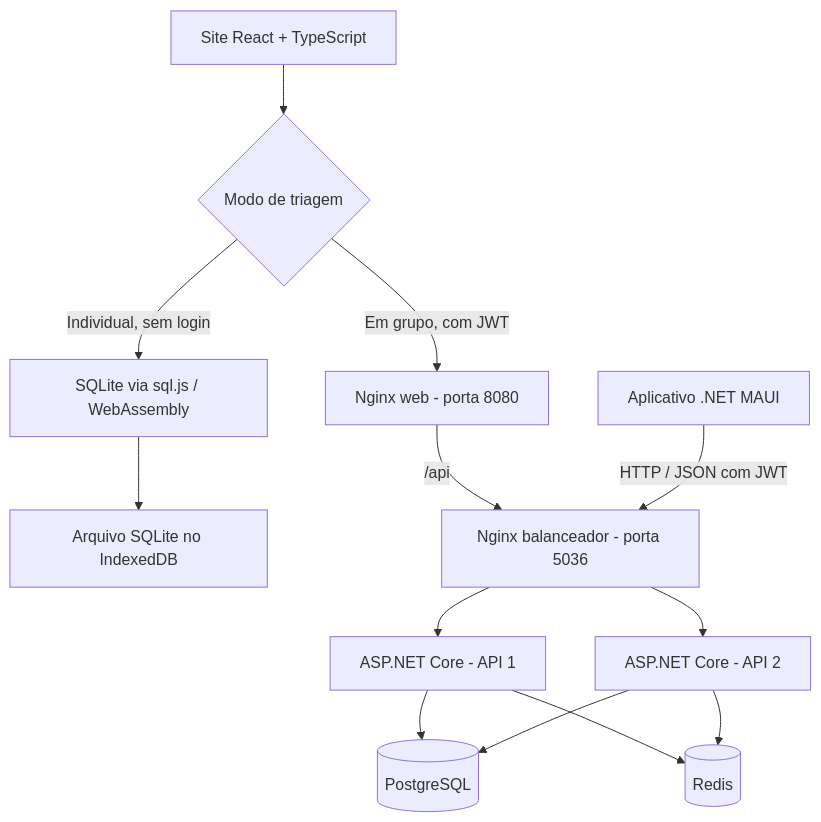
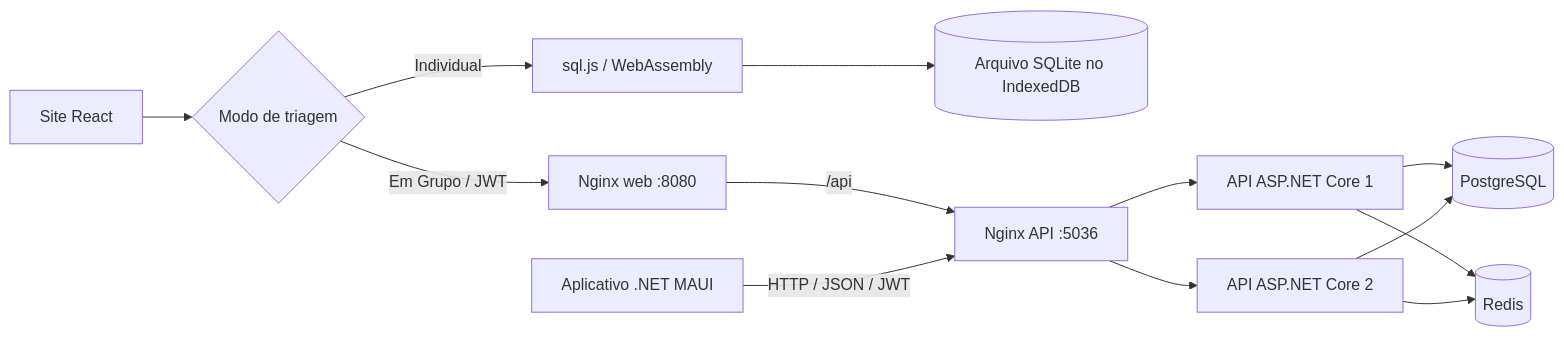
One commit to RodrigoTabaldi/TriarCompleto changed the second of 2 diagrams in README.md. Above: the diagram before and after it, drawn with Mermaid. The commit also changed other lines of this file and 6 other files, not shown here.

````diff
--- a/README.md
+++ b/README.md
@@ -26,15 +377,15 @@
 ```mermaid
-flowchart TD
-    Web[Site React + TypeScript] --> Modo{Modo de triagem}
-    Modo -->|Individual, sem login| Local[SQLite via sql.js / WebAssembly]
-    Local --> IDB[Arquivo SQLite no IndexedDB]
-    Modo -->|Em grupo, com JWT| Front[Nginx web - porta 8080]
-    Front -->|/api| Proxy[Nginx balanceador - porta 5036]
-    Maui[Aplicativo .NET MAUI] -->|HTTP / JSON com JWT| Proxy
-    Proxy --> API1[ASP.NET Core - API 1]
-    Proxy --> API2[ASP.NET Core - API 2]
+flowchart LR
+    Web[Site React] --> Modo{Modo de triagem}
+    Modo -->|Individual| Local[sql.js / WebAssembly]
+    Local --> IDB[(Arquivo SQLite no IndexedDB)]
+    Modo -->|Em Grupo / JWT| Estaticos[Nginx web :8080]
+    Estaticos -->|/api| Borda[Nginx API :5036]
+    App[Aplicativo .NET MAUI] -->|HTTP / JSON / JWT| Borda
+    Borda --> API1[API ASP.NET Core 1]
+    Borda --> API2[API ASP.NET Core 2]
     API1 --> PG[(PostgreSQL)]
     API2 --> PG
-    API1 --> Redis[(Redis)]
-    API2 --> Redis
+    API1 --> Cache[(Redis)]
+    API2 --> Cache
 ```
````
